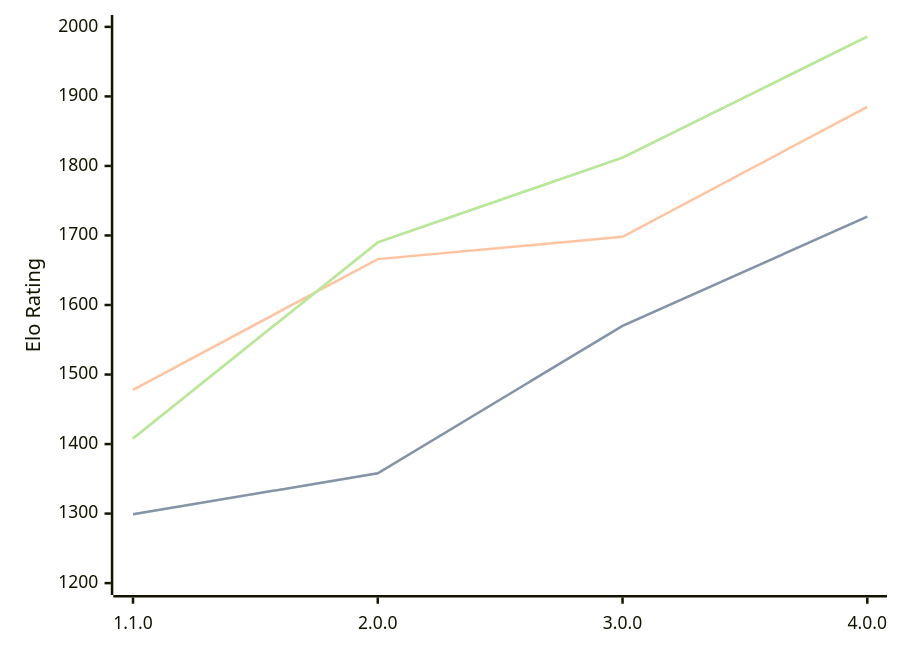
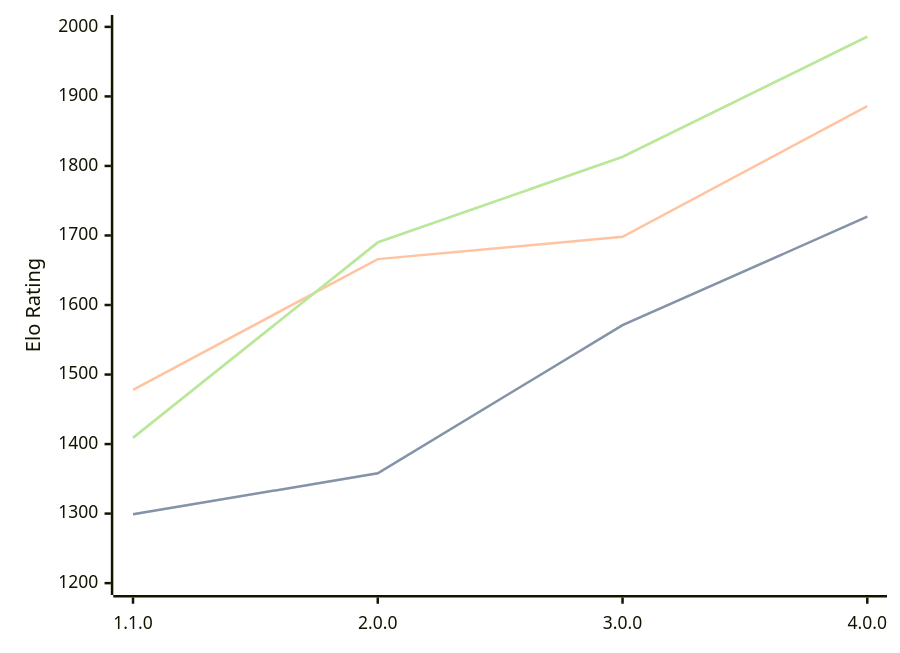
Before and after one commit to computer-chess-index/cci: the diagram in engines/Laura.md, drawn with Mermaid. The commit also changed other lines of this file, not shown here.

Commit message:
Update CCI Ratings (ELO VLTC) - 2026-09-16

````diff
--- a/engines/Laura.md
+++ b/engines/Laura.md
@@ -34,11 +34,11 @@
 ```mermaid
 %%{init: {"theme":"base","themeVariables":{"seriesColors:['#a3a3a3','#222221','#faa371']}}}%%
 xychart-beta
   x-axis ["1.1.0", "2.0.0", "3.0.0", "4.0.0"]
   y-axis "Elo Rating" 1200 --> 2000
-  line "" [1299, 1358, 1570, 1727]
-  line "STC (8.0+0.08s)" [1299, 1358, 1570, 1727]
-  line "LTC (60.0+0.60s)" [1478, 1666, 1698, 1885]
-  line "" [1408, 1690, 1812, 1986]
-  line "VLTC (2m24s+1.12s)" [1408, 1690, 1812, 1986]
+  line "" [1299, 1358, 1571, 1727]
+  line "STC (8.0+0.08s)" [1299, 1358, 1571, 1727]
+  line "LTC (60.0+0.60s)" [1478, 1666, 1698, 1886]
+  line "" [1409, 1690, 1813, 1986]
+  line "VLTC (2m24s+1.12s)" [1409, 1690, 1813, 1986]
 ```
````
